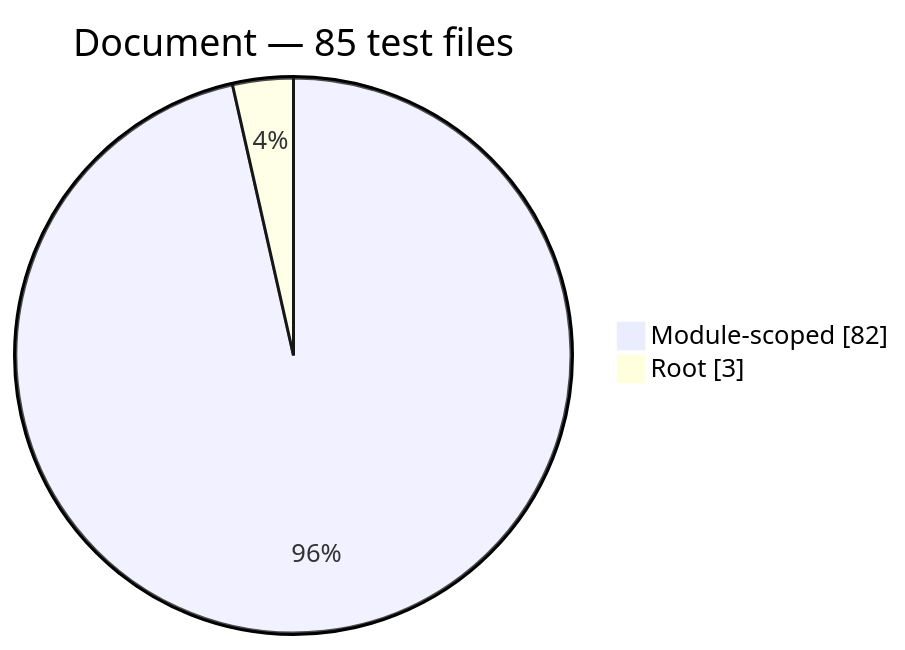
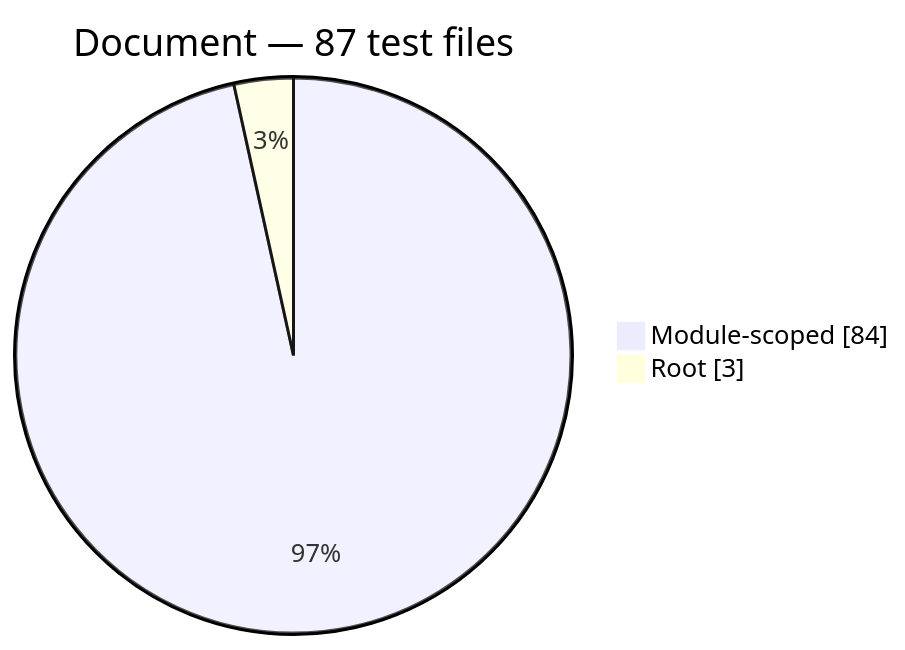
Before and after one commit to Mohammed-Alama/php-arazzo: the fourth of 13 diagrams in docs/generated/test-composition.md, drawn with Mermaid. The commit also changed other lines of this file and 24 other files, not shown here.

First line of the commit message:
test(document): bring validator rules to 100% test coverage

````diff
--- a/docs/generated/test-composition.md
+++ b/docs/generated/test-composition.md
@@ -60,6 +60,6 @@
 ```mermaid
 pie showData
-    title Document — 85 test files
-    "Module-scoped": 82
+    title Document — 87 test files
+    "Module-scoped": 84
     "Root": 3
 ```
````
